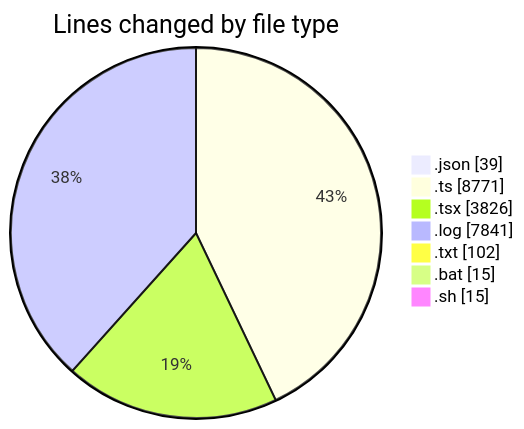
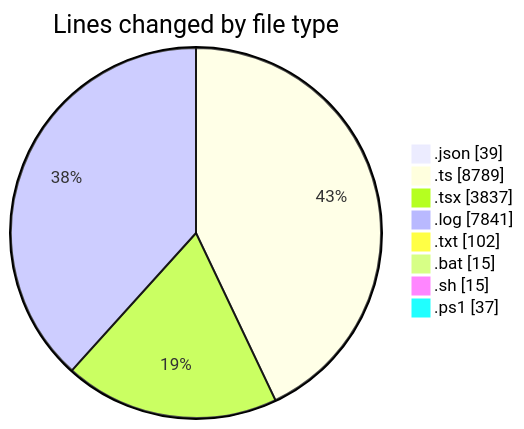
One commit to lephambinh05/code-tracking changed the first of 2 diagrams in 2025-09-13/napxuvn/README.md. Above: the diagram before and after it, drawn with Mermaid. The commit also changed other lines of this file and 1 other file, not shown here.

````diff
--- a/2025-09-13/napxuvn/README.md
+++ b/2025-09-13/napxuvn/README.md
@@ -87,11 +88,12 @@
 ```mermaid
 pie showData
 title Lines changed by file type
 ".json" : 39
-".ts" : 8771
-".tsx" : 3826
+".ts" : 8789
+".tsx" : 3837
 ".log" : 7841
 ".txt" : 102
 ".bat" : 15
 ".sh" : 15
+".ps1" : 37
 ```
````
